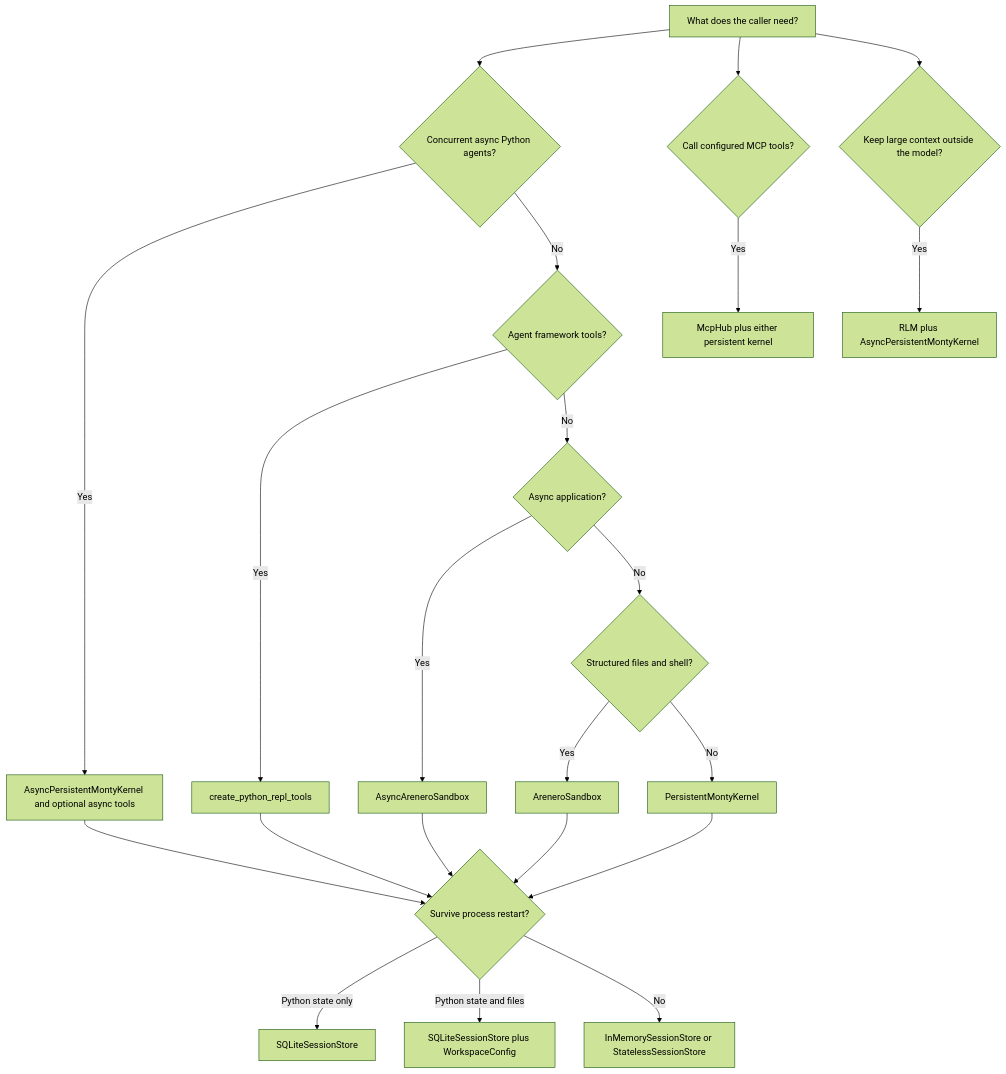
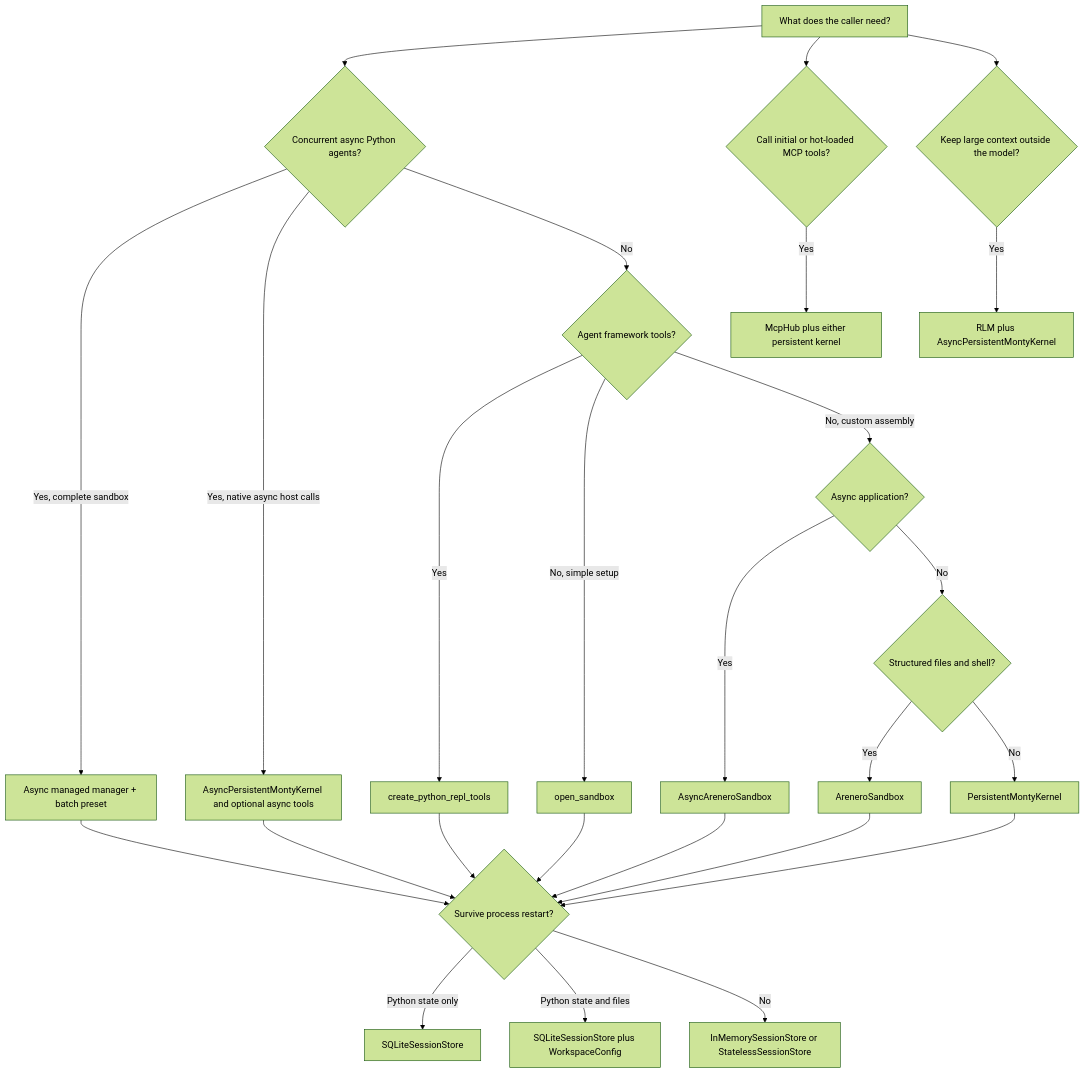
Before and after one commit to sgaseretto/arenero: the diagram in docs/usage-and-capabilities.md, drawn with Mermaid (forest theme). The commit also changed other lines of this file and 18 other files, not shown here.

Commit message:
feat: add managed sandbox and dynamic MCP

````diff
--- a/docs/usage-and-capabilities.md
+++ b/docs/usage-and-capabilities.md
@@ -30,24 +33,28 @@
 ```mermaid
 flowchart TD
     Need["What does the caller need?"] --> Batch{"Concurrent async Python agents?"}
-    Batch -->|Yes| Native["AsyncPersistentMontyKernel and optional async tools"]
+    Batch -->|Yes, complete sandbox| ManagedBatch["Async managed manager + batch preset"]
+    Batch -->|Yes, native async host calls| Native["AsyncPersistentMontyKernel and optional async tools"]
     Batch -->|No| Agent{"Agent framework tools?"}
     Agent -->|Yes| Tools["create_python_repl_tools"]
-    Agent -->|No| Async{"Async application?"}
+    Agent -->|No, simple setup| Managed["open_sandbox"]
+    Agent -->|No, custom assembly| Async{"Async application?"}
     Async -->|Yes| AsyncFacade["AsyncAreneroSandbox"]
     Async -->|No| Surface{"Structured files and shell?"}
     Surface -->|Yes| Facade["AreneroSandbox"]
     Surface -->|No| Kernel["PersistentMontyKernel"]
     Tools --> Durable{"Survive process restart?"}
     Native --> Durable
+    ManagedBatch --> Durable
+    Managed --> Durable
     AsyncFacade --> Durable
     Facade --> Durable
     Kernel --> Durable
-    Need --> MCP{"Call configured MCP tools?"}
+    Need --> MCP{"Call initial or hot-loaded MCP tools?"}
     MCP -->|Yes| Hub["McpHub plus either persistent kernel"]
     Need --> RLMNeed{"Keep large context outside the model?"}
     RLMNeed -->|Yes| RLM["RLM plus AsyncPersistentMontyKernel"]
     Durable -->|Python state only| SQLite["SQLiteSessionStore"]
     Durable -->|Python state and files| Workspace["SQLiteSessionStore plus WorkspaceConfig"]
     Durable -->|No| Memory["InMemorySessionStore or StatelessSessionStore"]
 ```
````
